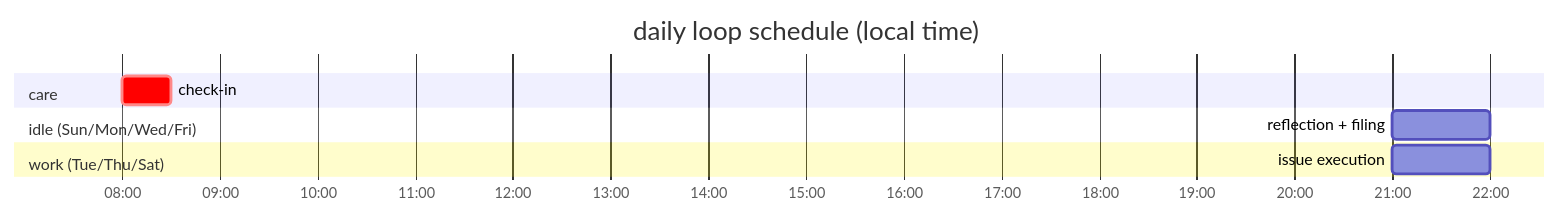
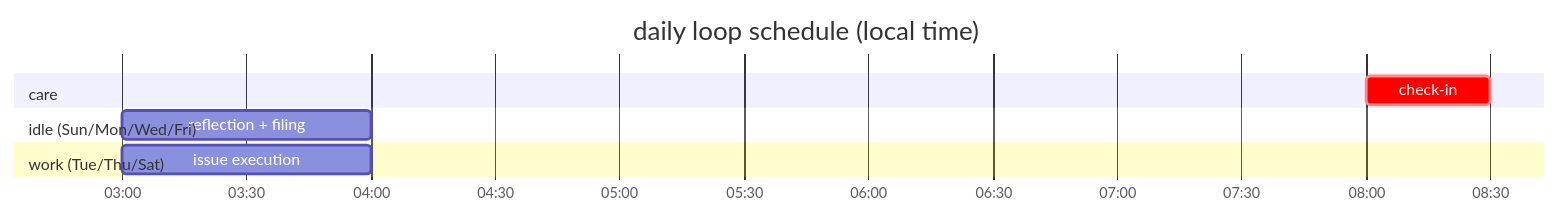
The fourth of 5 diagrams in README.md (adhityaravi/maki), drawn with Mermaid before and after one commit. The commit also changed other lines of this file and 3 other files, not shown here.

````diff
--- a/README.md
+++ b/README.md
@@ -203,15 +203,15 @@
 ```mermaid
 gantt
     title daily loop schedule (local time)
     dateFormat HH:mm
     axisFormat %H:%M
 
     section care
     check-in :crit, 08:00, 30m
 
     section idle (Sun/Mon/Wed/Fri)
-    reflection + filing :21:00, 1h
+    reflection + filing :03:00, 1h
 
     section work (Tue/Thu/Sat)
-    issue execution :21:00, 1h
+    issue execution :03:00, 1h
 ```
````
